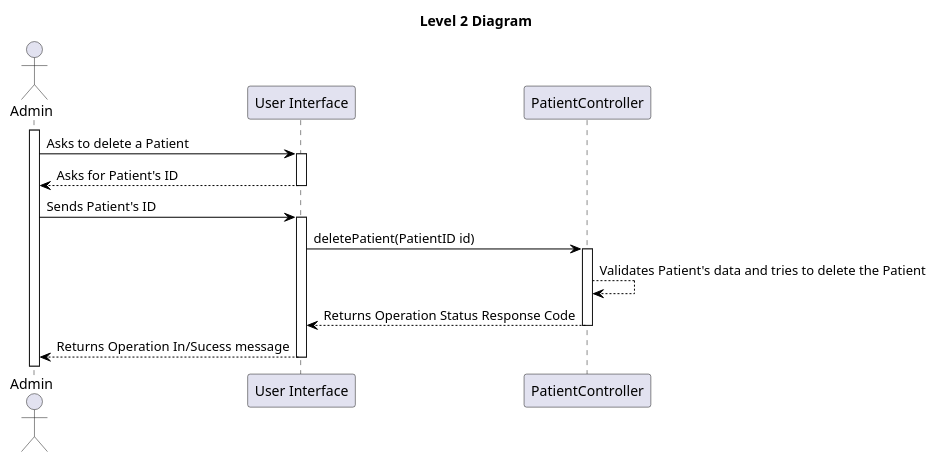
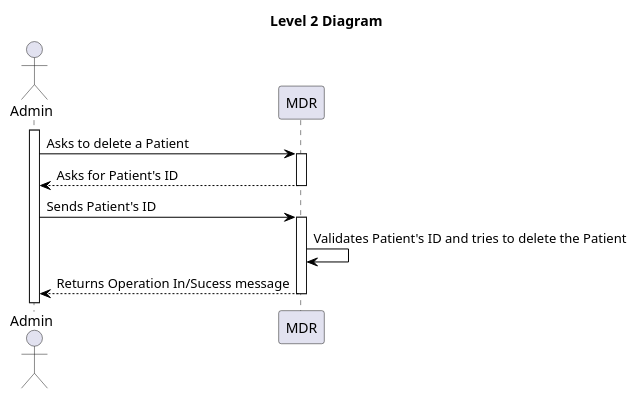
One commit to vscosousa/LAPR5_3DC_G15 changed the diagram in docs/sprint_A/us_5.1.10/level_2/puml/level_2.puml. Above: the diagram before and after it, drawn with PlantUML. The commit also changed 17 other files, not shown here.

```diff
--- a/docs/sprint_A/us_5.1.10/level_2/puml/level_2.puml
+++ b/docs/sprint_A/us_5.1.10/level_2/puml/level_2.puml
@@ -1,41 +1,36 @@
 @startuml level_2
 
 title Level 2 Diagram
 
 hide empty members
 'skinparam Linetype ortho
 
 skinparam class {
     BackgroundColor<<valueObject>> #D6EAF8
     BackgroundColor<<root>> #FDEBD0
     BackgroundColor<<service>> #D1F2EB
     BackgroundColor #FEF9E7
     ArrowColor Black
 }
 
 skinparam package {
     BackgroundColor #EBF5FB
 }
 
 actor Admin as A
-participant "User Interface" as UI
-participant "PatientController" as C
+participant "MDR" as Backoffice
 
 
 activate A
-A -> UI: Asks to delete a Patient
-activate UI
-UI --> A: Asks for Patient's ID
-deactivate UI
-A -> UI: Sends Patient's ID
-activate UI
-UI -> C: deletePatient(PatientID id)
-activate C
-C --> C: Validates Patient's data and tries to delete the Patient
-C --> UI: Returns Operation Status Response Code
-deactivate C
-UI --> A: Returns Operation In/Sucess message
-deactivate UI
+A -> Backoffice: Asks to delete a Patient
+activate Backoffice
+Backoffice --> A: Asks for Patient's ID
+deactivate Backoffice
+A -> Backoffice: Sends Patient's ID
+activate Backoffice
+Backoffice -> Backoffice: Validates Patient's ID and tries to delete the Patient
+Backoffice --> A: Returns Operation In/Sucess message
+deactivate Backoffice
 
 
 @enduml
```
